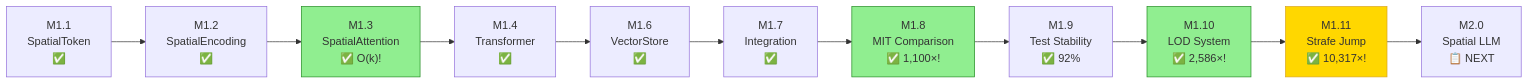
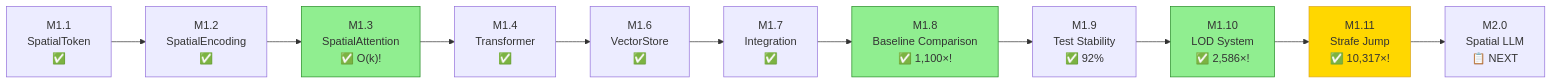
The diagram in docs/milestones/README.md (ch1pu/infinate), drawn with Mermaid before and after one commit. The commit also changed other lines of this file and 50 other files, not shown here.

First line of the commit message:
docs: replace MIT-specific references with generic baseline comparisons

````diff
--- a/docs/milestones/README.md
+++ b/docs/milestones/README.md
@@ -299,18 +299,18 @@
 ```mermaid
 graph LR
     M1["M1.1<br/>SpatialToken<br/>✅"] --> M2["M1.2<br/>SpatialEncoding<br/>✅"]
     M2 --> M3["M1.3<br/>SpatialAttention<br/>✅ O(k)!"]
     M3 --> M4["M1.4<br/>Transformer<br/>✅"]
     M4 --> M6["M1.6<br/>VectorStore<br/>✅"]
     M6 --> M7["M1.7<br/>Integration<br/>✅"]
-    M7 --> M8["M1.8<br/>MIT Comparison<br/>✅ 1,100×!"]
+    M7 --> M8["M1.8<br/>Baseline Comparison<br/>✅ 1,100×!"]
     M8 --> M9["M1.9<br/>Test Stability<br/>✅ 92%"]
     M9 --> M10["M1.10<br/>LOD System<br/>✅ 2,586×!"]
     M10 --> M11["M1.11<br/>Strafe Jump<br/>✅ 10,317×!"]
     M11 --> M20["M2.0<br/>Spatial LLM<br/>📋 NEXT"]
 
     style M3 fill:#90EE90,stroke:#228B22
     style M8 fill:#90EE90,stroke:#228B22
     style M10 fill:#90EE90,stroke:#228B22
     style M11 fill:#FFD700,stroke:#DAA520
 ```
````
